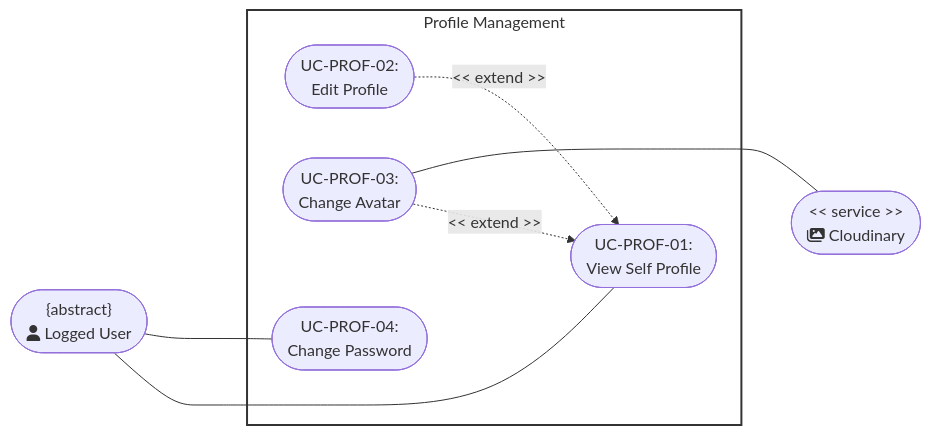
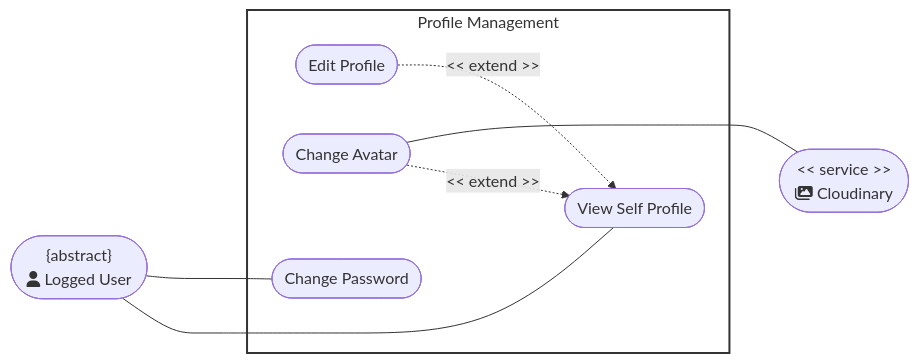
The third of 9 diagrams in docs/management/PA3/Use-CaseDiagram.md (DuyNhat1705/AmeThyst-Library), drawn with Mermaid before and after one commit. The commit also changed other lines of this file and 5 other files, not shown here.

Commit message:
update usecase diagram for PA4

````diff
--- a/docs/management/PA3/Use-CaseDiagram.md
+++ b/docs/management/PA3/Use-CaseDiagram.md
@@ -107,28 +105,28 @@
 ```mermaid
 flowchart LR
     %% Actors
-    ActorLeft(["<center>{abstract}<br>fa:fa-user Logged User</center>"])
-    ActorRight(["<center>&lt;&lt; service &gt;&gt;<br>fa:fa-images Cloudinary</center>"]) 
+    ActorLeft(["<center>{abstract} <br> fa:fa-user Logged User</center>"])
+    ActorRight(["<center>&lt;&lt; service &gt;&gt; <br>fa:fa-images Cloudinary</center>"]) 
 
     %% System Boundary
     subgraph ProfileManagement [Profile Management]
-        UC1(["<center>UC-PROF-01:<br>View Self Profile</center>"])
-        UC2(["<center>UC-PROF-02:<br>Edit Profile</center>"])
-        UC3(["<center>UC-PROF-03:<br>Change Avatar</center>"])
-        UC4(["<center>UC-PROF-04:<br>Change Password</center>"])
+        UC1([View Self Profile])
+        UC2([Edit Profile])
+        UC3([Change Avatar])
+        UC4([Change Password])
     end
     
 	ActorLeft ~~~~~ ProfileManagement ~~~ ActorRight
 
     %% Relationships
     ActorLeft --- UC1
     ActorLeft --- UC4
     
     UC2 -. "<< extend >>" .-> UC1
     UC3 -. "<< extend >>" .-> UC1
     
     UC3 --- ActorRight 
    
     %% Styling to make it clean
     style ProfileManagement fill:#fff,stroke:#333,stroke-width:2px
 ```
````
